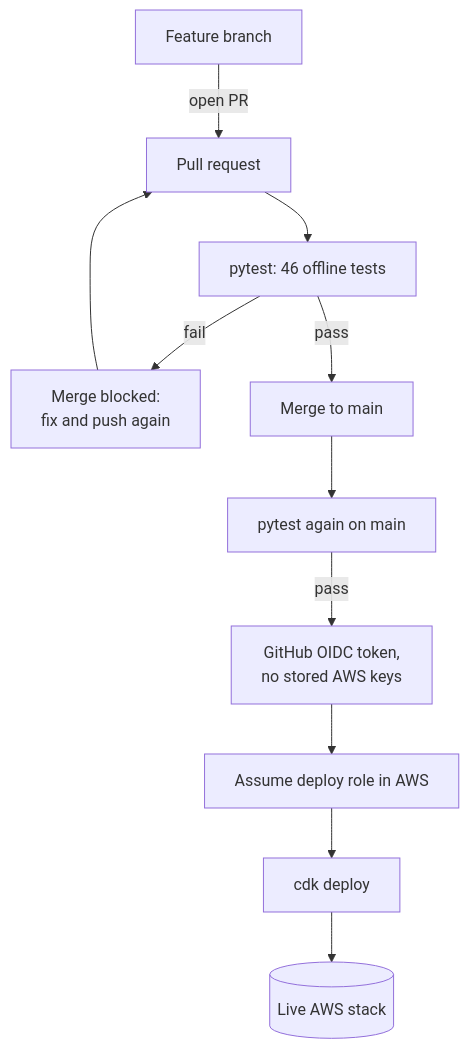
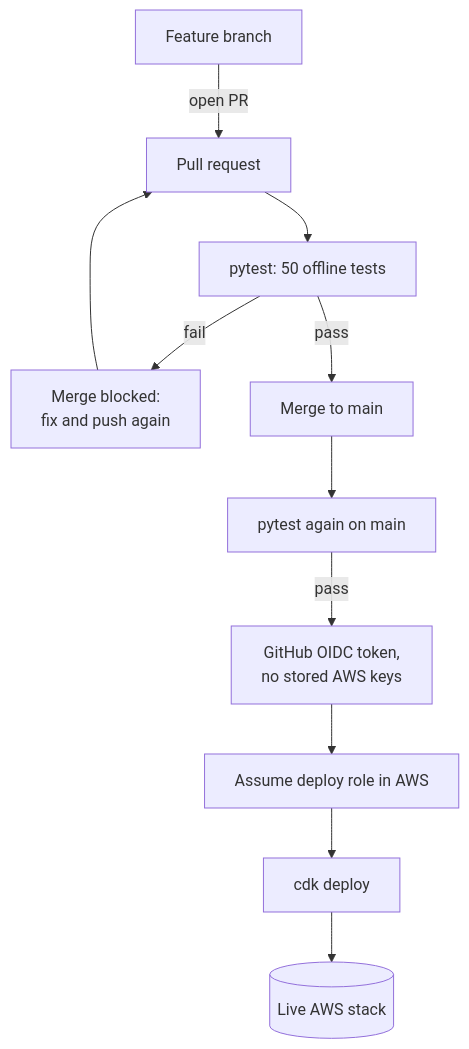
The fourth of 4 diagrams in README.md (Shikha14DoD/AWS-DOC-QA), drawn with Mermaid before and after one commit. The commit also changed other lines of this file, not shown here.

Commit message:
readme: catch up on pacing, judge spot-check, 50 tests

````diff
--- a/README.md
+++ b/README.md
@@ -331,13 +353,13 @@
 ```mermaid
 flowchart TD
     DEV[Feature branch] -->|open PR| PR[Pull request]
-    PR --> T1[pytest: 46 offline tests]
+    PR --> T1[pytest: 50 offline tests]
     T1 -->|fail| BLOCK[Merge blocked:<br/>fix and push again]
     BLOCK --> PR
     T1 -->|pass| MERGE[Merge to main]
     MERGE --> T2[pytest again on main]
     T2 -->|pass| OIDC[GitHub OIDC token,<br/>no stored AWS keys]
     OIDC --> ROLE[Assume deploy role in AWS]
     ROLE --> CDK[cdk deploy]
     CDK --> AWS[(Live AWS stack)]
 ```
````
